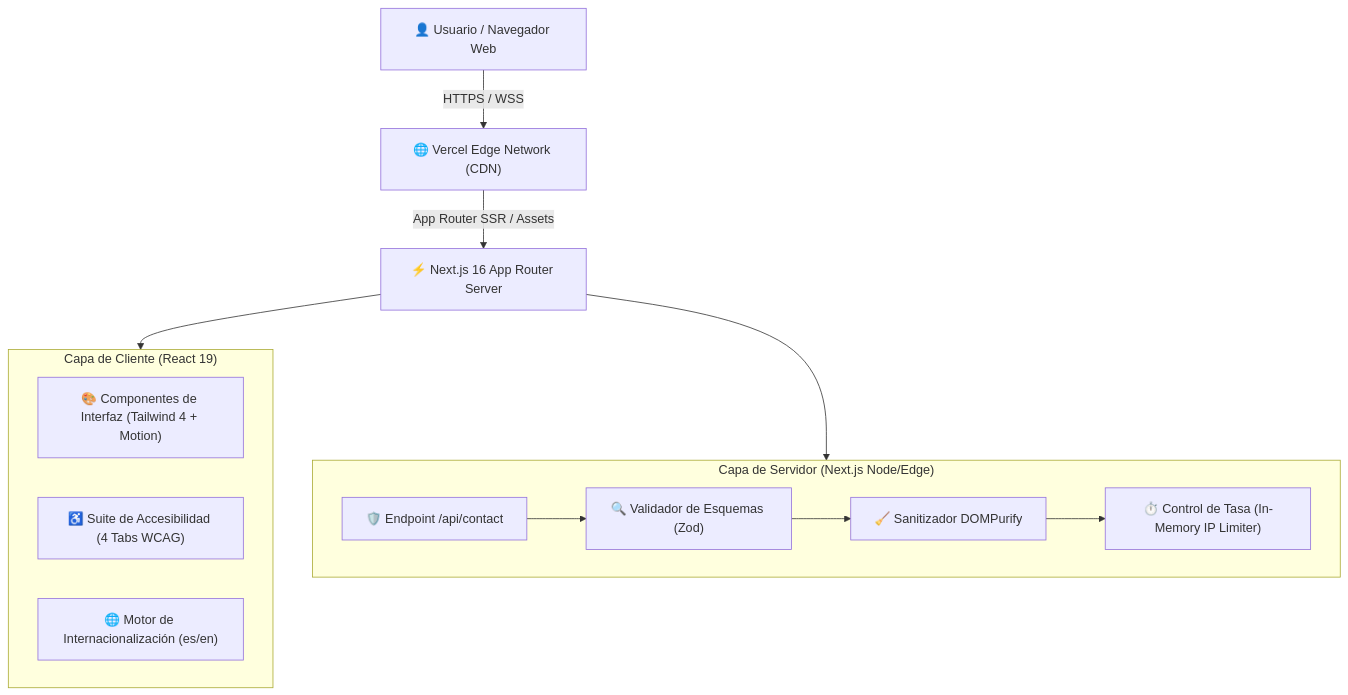
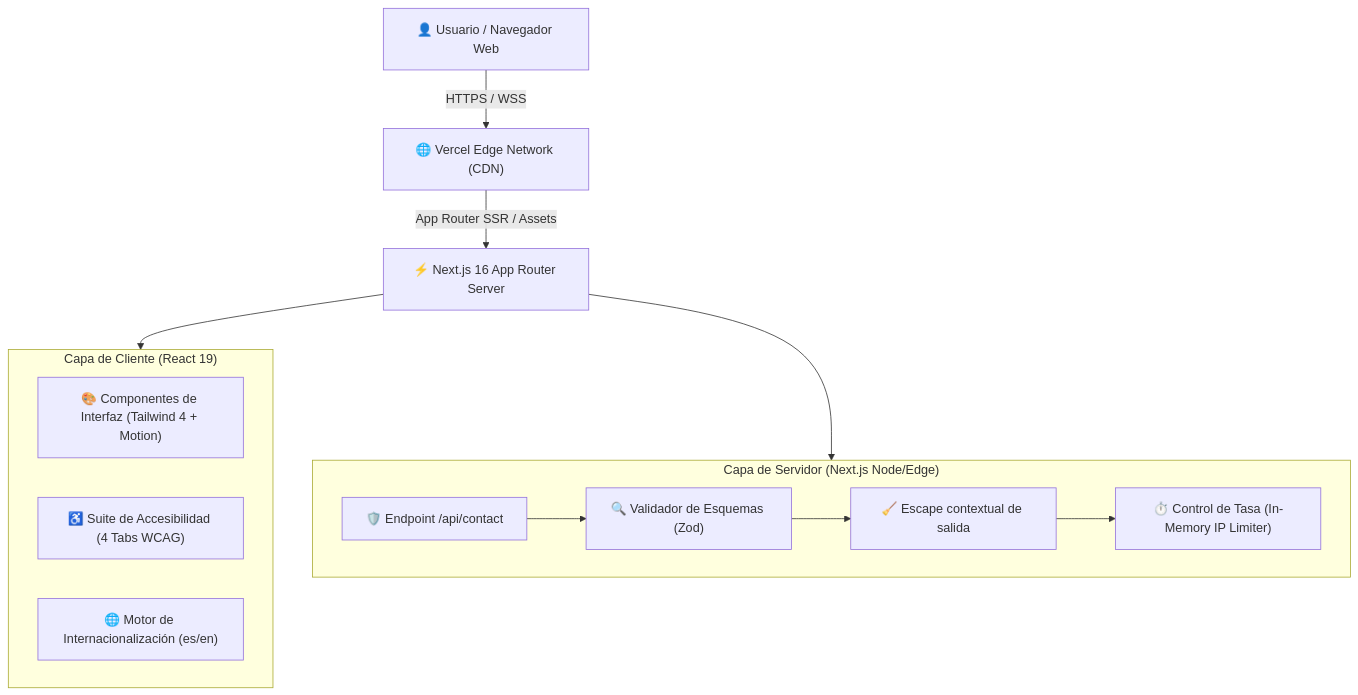
The diagram in docs/architecture/ARCHITECTURE.md (TuMyXx93/portfolio), drawn with Mermaid before and after one commit. The commit also changed other lines of this file and 32 other files, not shown here.

````diff
--- a/docs/architecture/ARCHITECTURE.md
+++ b/docs/architecture/ARCHITECTURE.md
@@ -9,22 +9,22 @@
 ```mermaid
 graph TD
     User["👤 Usuario / Navegador Web"] -->|HTTPS / WSS| VercelEdge["🌐 Vercel Edge Network (CDN)"]
     VercelEdge -->|App Router SSR / Assets| NextServer["⚡ Next.js 16 App Router Server"]
     
     subgraph ClientLayer ["Capa de Cliente (React 19)"]
         UIComponents["🎨 Componentes de Interfaz (Tailwind 4 + Motion)"]
         AccessSuite["♿ Suite de Accesibilidad (4 Tabs WCAG)"]
         I18nEngine["🌐 Motor de Internacionalización (es/en)"]
     end
 
     subgraph ServerLayer ["Capa de Servidor (Next.js Node/Edge)"]
         APIContact["🛡️ Endpoint /api/contact"]
         ZodValidator["🔍 Validador de Esquemas (Zod)"]
-        Sanitizer["🧹 Sanitizador DOMPurify"]
+    Sanitizer["🧹 Escape contextual de salida"]
         RateLimiter["⏱️ Control de Tasa (In-Memory IP Limiter)"]
     end
 
     NextServer --> ClientLayer
     NextServer --> ServerLayer
     APIContact --> ZodValidator --> Sanitizer --> RateLimiter
 ```
````
